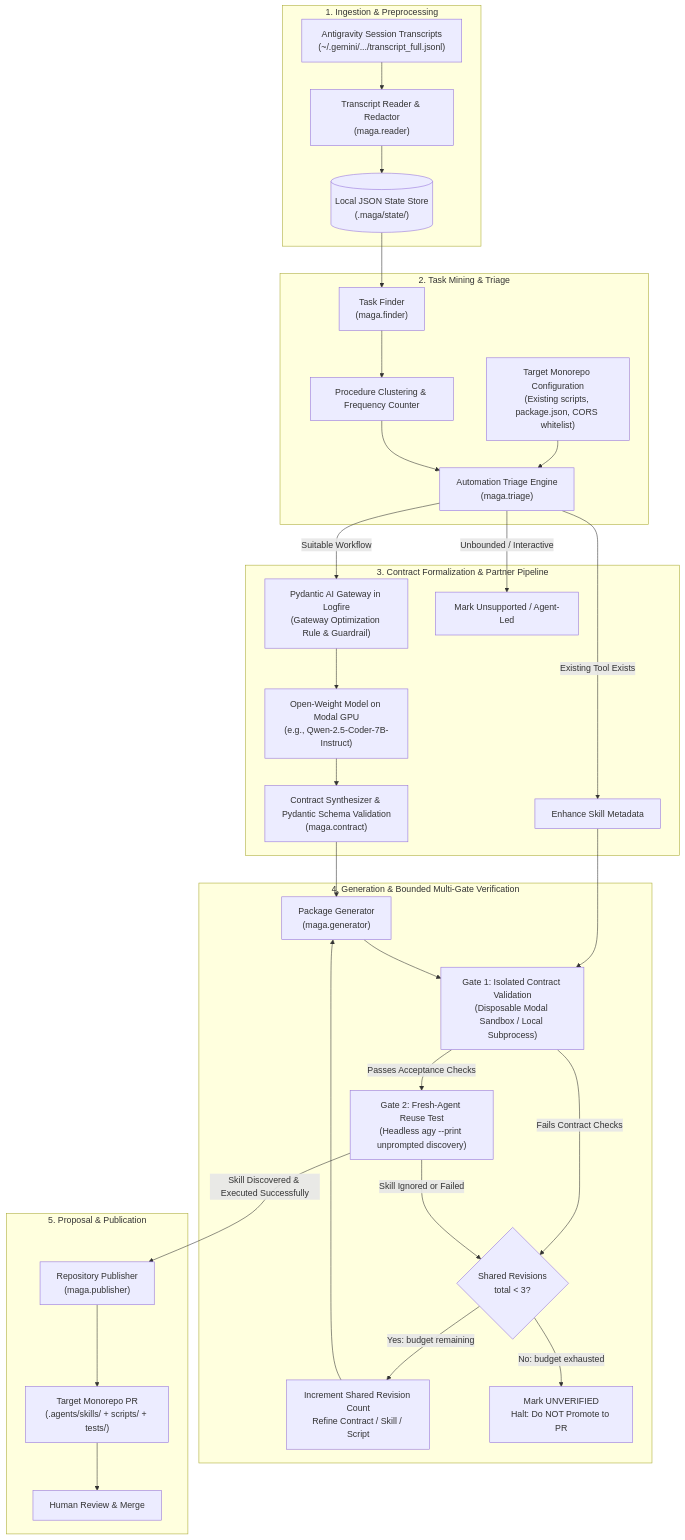
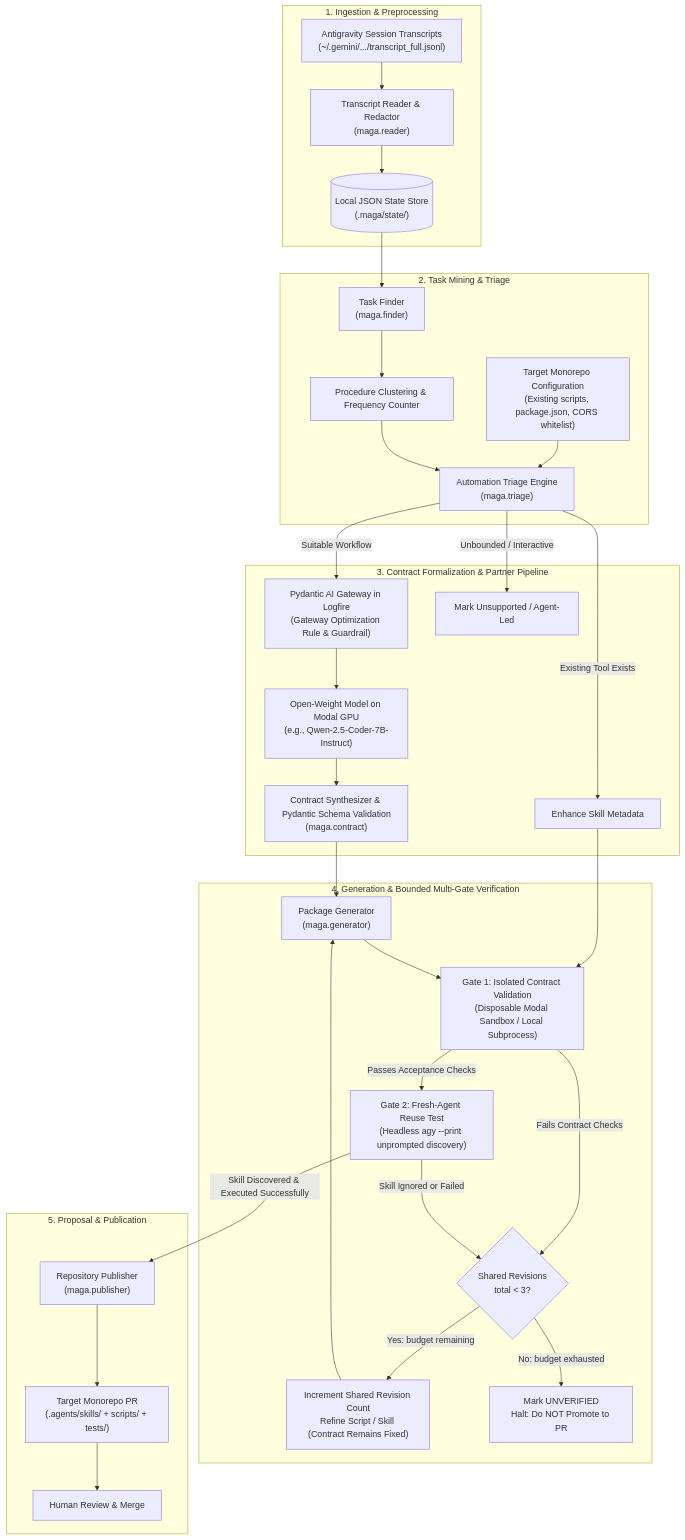
Before and after one commit to gcpuser1/maga-hackathon: the first of 2 diagrams in docs/architecture/ARCHITECTURE.md, drawn with Mermaid. The commit also changed other lines of this file, not shown here.

Commit message:
docs: resolve sandboxing boundaries, dual-scenario demo, contract semantic checks, and fixed repair loop

````diff
--- a/docs/architecture/ARCHITECTURE.md
+++ b/docs/architecture/ARCHITECTURE.md
@@ -165,43 +167,43 @@
 ```mermaid
 flowchart TD
     subgraph S1["1. Ingestion & Preprocessing"]
         T["Antigravity Session Transcripts<br/>(~/.gemini/.../transcript_full.jsonl)"] --> ING["Transcript Reader & Redactor<br/>(maga.reader)"]
         ING --> DB[("Local JSON State Store<br/>(.maga/state/)")]
     end
 
     subgraph S2["2. Task Mining & Triage"]
         DB --> MINER["Task Finder<br/>(maga.finder)"]
         MINER --> CLUST["Procedure Clustering & Frequency Counter"]
         REPO_CONF["Target Monorepo Configuration<br/>(Existing scripts, package.json, CORS whitelist)"] --> TRIAGE["Automation Triage Engine<br/>(maga.triage)"]
         CLUST --> TRIAGE
     end
 
     subgraph S3["3. Contract Formalization & Partner Pipeline"]
         TRIAGE -->|Suitable Workflow| GW["Pydantic AI Gateway in Logfire<br/>(Gateway Optimization Rule & Guardrail)"]
         GW --> MODAL_LLM["Open-Weight Model on Modal GPU<br/>(e.g., Qwen-2.5-Coder-7B-Instruct)"]
         MODAL_LLM --> CSYN["Contract Synthesizer & Pydantic Schema Validation<br/>(maga.contract)"]
         TRIAGE -->|Existing Tool Exists| SKILL_ONLY["Enhance Skill Metadata"]
         TRIAGE -->|Unbounded / Interactive| REJECT["Mark Unsupported / Agent-Led"]
     end
 
     subgraph S4["4. Generation & Bounded Multi-Gate Verification"]
         CSYN --> GEN["Package Generator<br/>(maga.generator)"]
         SKILL_ONLY --> GATE1
         GEN --> GATE1["Gate 1: Isolated Contract Validation<br/>(Disposable Modal Sandbox / Local Subprocess)"]
         
         GATE1 -->|Passes Acceptance Checks| GATE2["Gate 2: Fresh-Agent Reuse Test<br/>(Headless agy --print unprompted discovery)"]
         
         GATE1 -->|Fails Contract Checks| REV_CHECK{"Shared Revisions<br/>total < 3?"}
         GATE2 -->|Skill Ignored or Failed| REV_CHECK
         
-        REV_CHECK -->|Yes: budget remaining| REVISE["Increment Shared Revision Count<br/>Refine Contract / Skill / Script"]
+        REV_CHECK -->|Yes: budget remaining| REVISE["Increment Shared Revision Count<br/>Refine Script / Skill (Contract Remains Fixed)"]
         REVISE --> GEN
         REV_CHECK -->|No: budget exhausted| UNVERIFIED["Mark UNVERIFIED<br/>Halt: Do NOT Promote to PR"]
     end
 
     subgraph S5["5. Proposal & Publication"]
         GATE2 -->|Skill Discovered & Executed Successfully| PR_BUILDER["Repository Publisher<br/>(maga.publisher)"]
         PR_BUILDER --> TARGET_PR["Target Monorepo PR<br/>(.agents/skills/ + scripts/ + tests/)"]
         TARGET_PR --> HUMAN_REV["Human Review & Merge"]
     end
 ```
````
